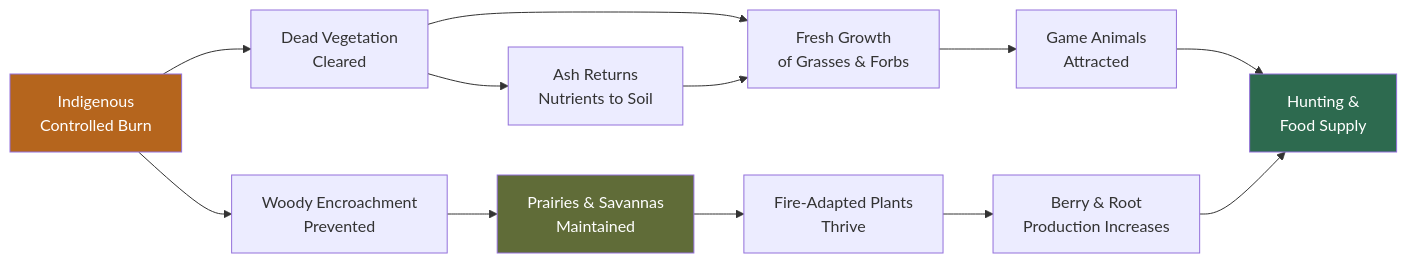
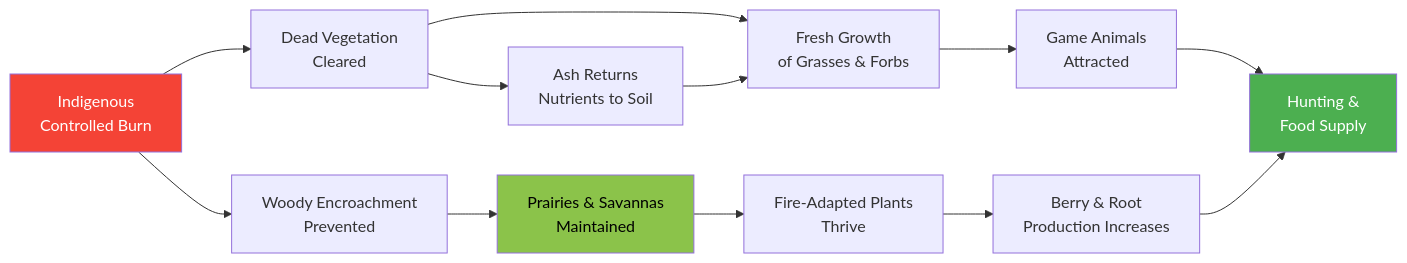
The second of 2 diagrams in docs/chapters/13-cultural-indigenous-uses/index.md (arunbatchu/minnesota-native-plants), drawn with Mermaid before and after one commit. The commit also changed other lines of this file and 10 other files, not shown here.

First line of the commit message:
Fix Mermaid diagram colors for accessibility — high contrast palette

````diff
--- a/docs/chapters/13-cultural-indigenous-uses/index.md
+++ b/docs/chapters/13-cultural-indigenous-uses/index.md
@@ -300,20 +300,20 @@
 ```mermaid
 graph LR
     A["Indigenous<br>Controlled Burn"] --> B["Dead Vegetation<br>Cleared"]
     B --> C["Fresh Growth<br>of Grasses & Forbs"]
     C --> D["Game Animals<br>Attracted"]
     D --> E["Hunting &<br>Food Supply"]
 
     B --> F["Ash Returns<br>Nutrients to Soil"]
     F --> C
 
     A --> G["Woody Encroachment<br>Prevented"]
     G --> H["Prairies & Savannas<br>Maintained"]
     H --> I["Fire-Adapted Plants<br>Thrive"]
     I --> J["Berry & Root<br>Production Increases"]
     J --> E
 
-    style A fill:#b5651d,color:#fff
-    style E fill:#2d6a4f,color:#fff
-    style H fill:#606c38,color:#fff
+    style A fill:#F44336,color:#fff
+    style E fill:#4CAF50,color:#fff
+    style H fill:#8BC34A,color:#000
 ```
````
